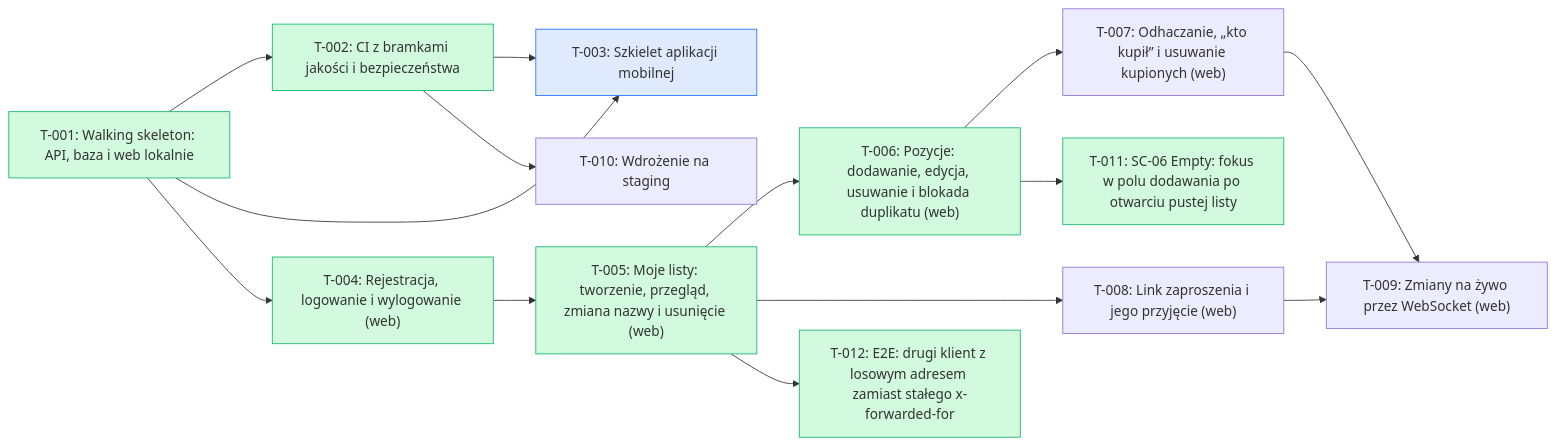
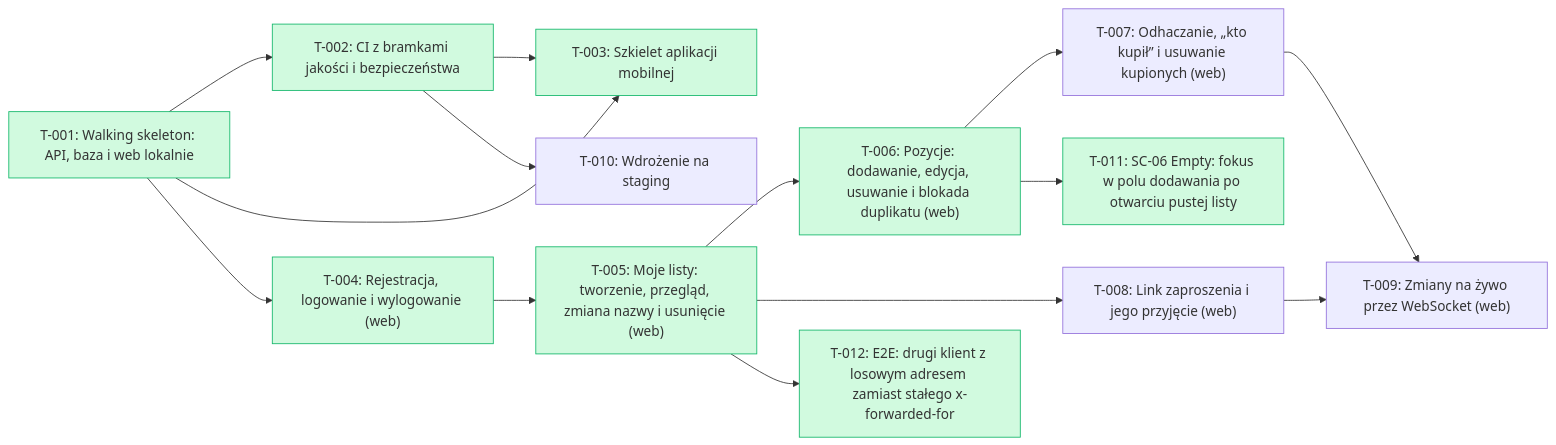
Before and after one commit to tombraz/lista-zakupow: the diagram in docs/backlog/index.md, drawn with Mermaid. The commit also changed other lines of this file and 1 other file, not shown here.

````diff
--- a/docs/backlog/index.md
+++ b/docs/backlog/index.md
@@ -19,32 +19,32 @@
 ```mermaid
 flowchart LR
   T_001["T-001: Walking skeleton: API, baza i web lokalnie"]:::done
   T_002["T-002: CI z bramkami jakości i bezpieczeństwa"]:::done
-  T_003["T-003: Szkielet aplikacji mobilnej"]:::qa
+  T_003["T-003: Szkielet aplikacji mobilnej"]:::done
   T_004["T-004: Rejestracja, logowanie i wylogowanie (web)"]:::done
   T_005["T-005: Moje listy: tworzenie, przegląd, zmiana nazwy i usunięcie (web)"]:::done
   T_006["T-006: Pozycje: dodawanie, edycja, usuwanie i blokada duplikatu (web)"]:::done
   T_007["T-007: Odhaczanie, „kto kupił” i usuwanie kupionych (web)"]
   T_008["T-008: Link zaproszenia i jego przyjęcie (web)"]
   T_009["T-009: Zmiany na żywo przez WebSocket (web)"]
   T_010["T-010: Wdrożenie na staging"]
   T_011["T-011: SC-06 Empty: fokus w polu dodawania po otwarciu pustej listy"]:::done
   T_012["T-012: E2E: drugi klient z losowym adresem zamiast stałego x-forwarded-for"]:::done
   T_001 --> T_002
   T_001 --> T_003
   T_002 --> T_003
   T_001 --> T_004
   T_004 --> T_005
   T_005 --> T_006
   T_006 --> T_007
   T_005 --> T_008
   T_007 --> T_009
   T_008 --> T_009
   T_002 --> T_010
   T_006 --> T_011
   T_005 --> T_012
   classDef done fill:#d1fadf,stroke:#12b76a
   classDef wip fill:#fef0c7,stroke:#f79009
   classDef qa fill:#e0eaff,stroke:#2970ff
   classDef blocked fill:#fee4e2,stroke:#f04438
 ```
````
